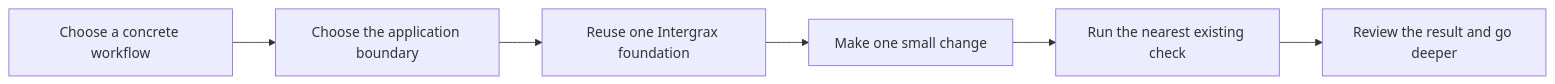
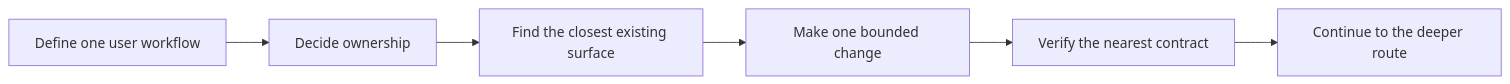
One commit to jakbuczarnecki/intergrax changed the diagram in docs/project/builders/BUILDER_QUICKSTART.md. Above: the diagram before and after it, drawn with Mermaid. The commit also changed other lines of this file and 1 other file, not shown here.

````diff
--- a/docs/project/builders/BUILDER_QUICKSTART.md
+++ b/docs/project/builders/BUILDER_QUICKSTART.md
@@ -31,8 +27,8 @@
 ```mermaid
 flowchart LR
-    A[Choose a concrete workflow] --> B[Choose the application boundary]
-    B --> C[Reuse one Intergrax foundation]
-    C --> D[Make one small change]
-    D --> E[Run the nearest existing check]
-    E --> F[Review the result and go deeper]
+    A[Define one user workflow] --> B[Decide ownership]
+    B --> C[Find the closest existing surface]
+    C --> D[Make one bounded change]
+    D --> E[Verify the nearest contract]
+    E --> F[Continue to the deeper route]
 ```
````
